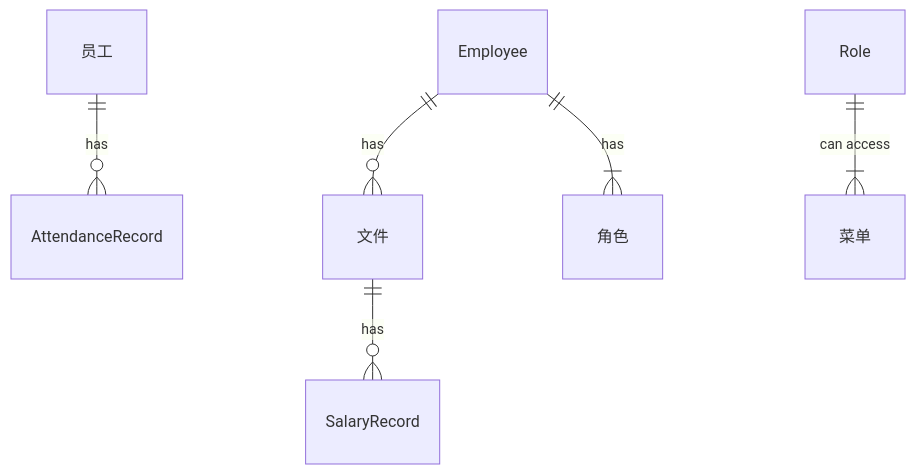
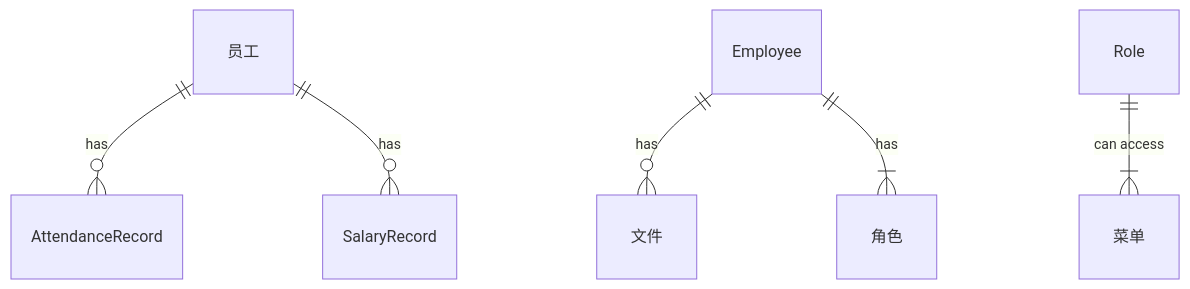
One commit to 1235648solitary/iodraw-files changed the diagram in all/未命名-1.md. Above: the diagram before and after it, drawn with Mermaid.

Commit message:
2025-04-22 23:27:54 update

````diff
--- a/all/未命名-1.md
+++ b/all/未命名-1.md
@@ -1,9 +1,9 @@
 ```mermaid
 erDiagram
               "员工" ||--o{ AttendanceRecord : "has"
-    "文件" ||--o{ SalaryRecord : "has"
+    "员工" ||--o{ SalaryRecord : "has"
     Employee ||--o{ "文件" : "has"
     Employee ||--|{ "角色" : "has"
     Role ||--|{ "菜单" : "can access" 
             
 ```
````
